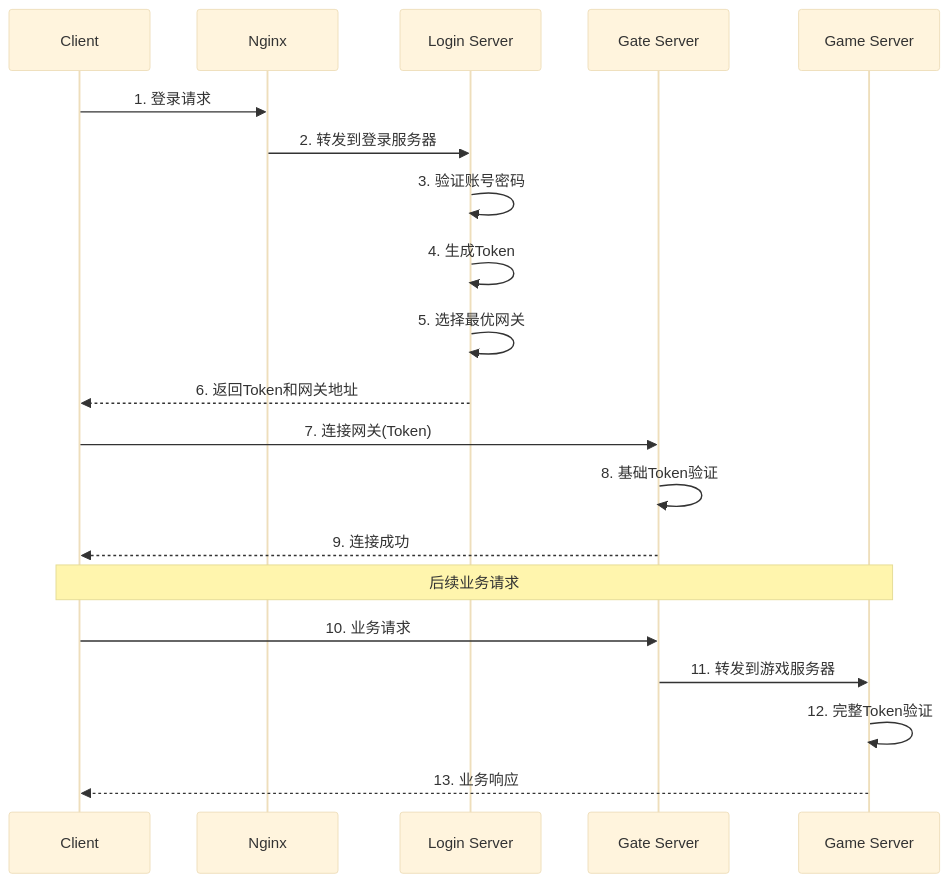
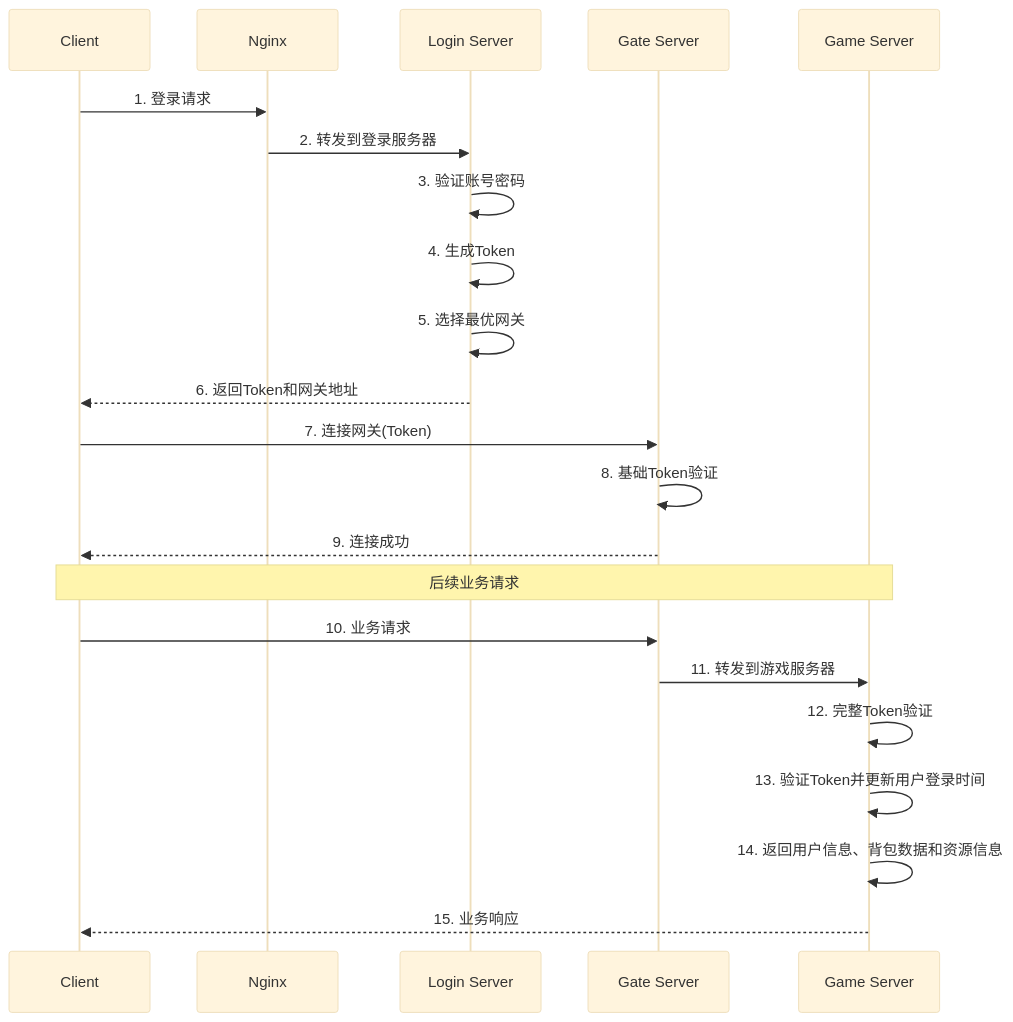
Before and after one commit to easycheaplife/tyconn_server: the first of 17 diagrams in docs/flow.md, drawn with Mermaid (base theme). The commit also changed other lines of this file and 2 other files, not shown here.

````diff
--- a/docs/flow.md
+++ b/docs/flow.md
@@ -5,24 +5,26 @@
 ```mermaid
 sequenceDiagram
     participant C as Client
     participant N as Nginx
     participant L as Login Server
     participant G as Gate Server
     participant GM as Game Server
     
     C->>N: 1. 登录请求
     N->>L: 2. 转发到登录服务器
     L->>L: 3. 验证账号密码
     L->>L: 4. 生成Token
     L->>L: 5. 选择最优网关
     L-->>C: 6. 返回Token和网关地址
     C->>G: 7. 连接网关(Token)
     G->>G: 8. 基础Token验证
     G-->>C: 9. 连接成功
     
     Note over C,GM: 后续业务请求
     C->>G: 10. 业务请求
     G->>GM: 11. 转发到游戏服务器
     GM->>GM: 12. 完整Token验证
-    GM-->>C: 13. 业务响应
+    GM->>GM: 13. 验证Token并更新用户登录时间
+    GM->>GM: 14. 返回用户信息、背包数据和资源信息
+    GM-->>C: 15. 业务响应
 ```
````
